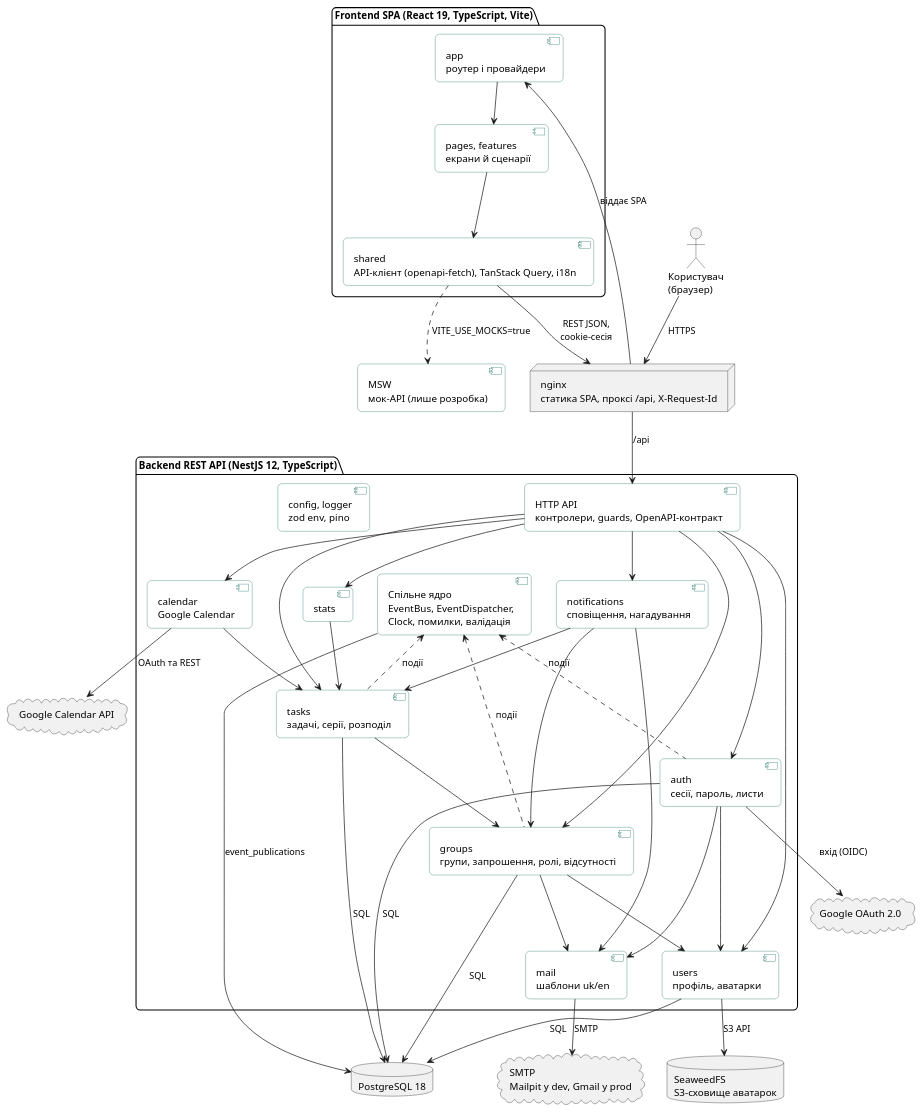
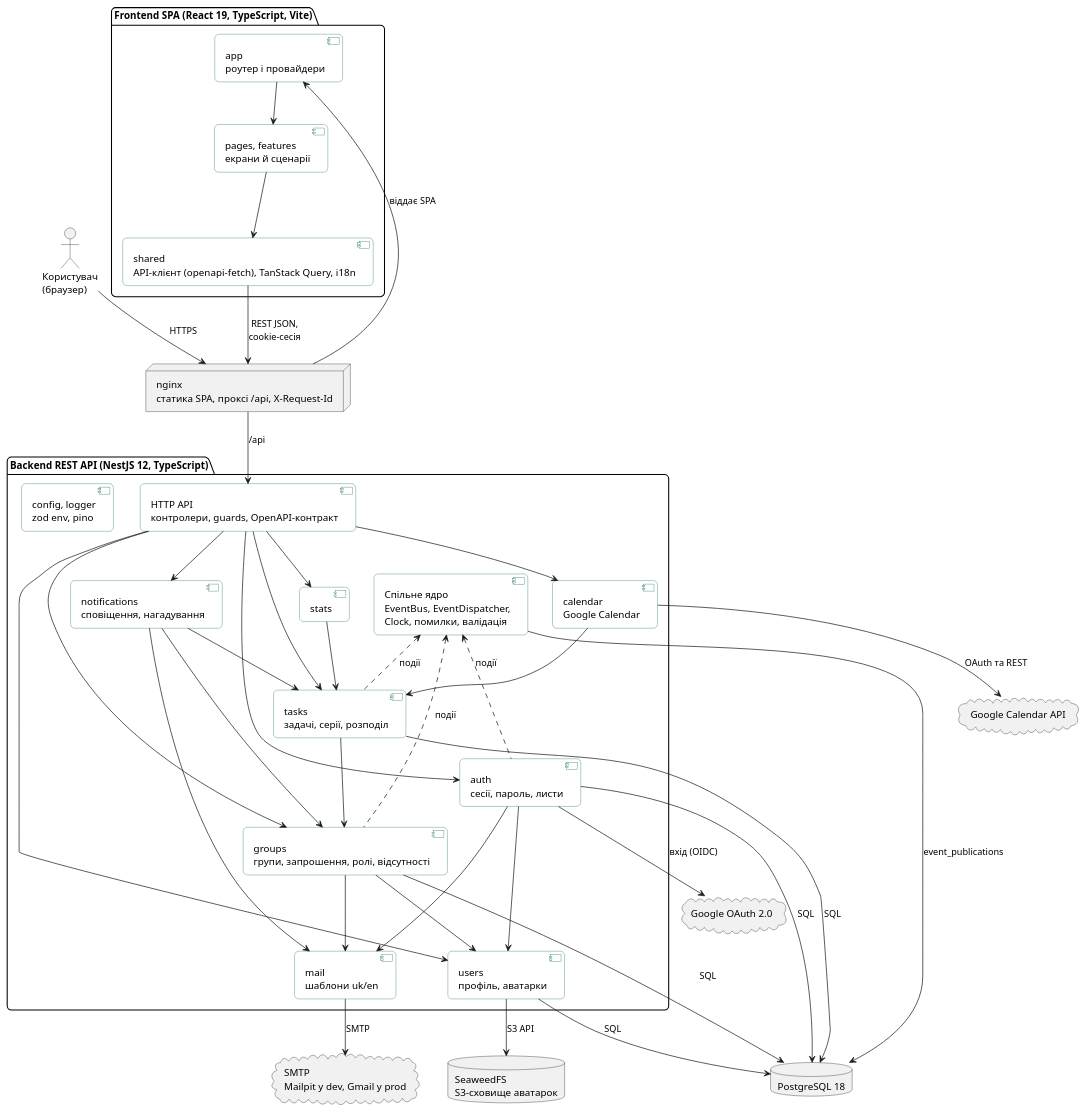
One commit to mzabrodin/Errandly changed the diagram in docs/diagrams/component/components.puml. Above: the diagram before and after it, drawn with PlantUML. The commit also changed 3 other files, not shown here.

```diff
--- a/docs/diagrams/component/components.puml
+++ b/docs/diagrams/component/components.puml
@@ -1,84 +1,82 @@
 @startuml components
 skinparam shadowing false
 skinparam defaultFontName "Inter, Segoe UI, Arial"
 skinparam TitleFontStyle bold
 skinparam RoundCorner 12
 skinparam ClassBackgroundColor #FFFFFF
 skinparam ClassBorderColor #1F6F64
 skinparam ObjectBackgroundColor #FFFFFF
 skinparam ObjectBorderColor #1F6F64
 skinparam ComponentBackgroundColor #FFFFFF
 skinparam ComponentBorderColor #1F6F64
 skinparam NoteBackgroundColor #FFFFE0
 
 actor "Користувач\n(браузер)" as user
 
 package "Frontend SPA (React 19, TypeScript, Vite)" {
   [app\nроутер і провайдери] as app
   [pages, features\nекрани й сценарії] as pages
   [shared\nAPI-клієнт (openapi-fetch), TanStack Query, i18n] as shared
 }
-[MSW\nмок-API (лише розробка)] as msw
 
 node "nginx\nстатика SPA, проксі /api, X-Request-Id" as nginx
 
 package "Backend REST API (NestJS 12, TypeScript)" {
   [HTTP API\nконтролери, guards, OpenAPI-контракт] as http
   [auth\nсесії, пароль, листи] as auth
   [users\nпрофіль, аватарки] as users
   [groups\nгрупи, запрошення, ролі, відсутності] as groups
   [tasks\nзадачі, серії, розподіл] as tasks
   [notifications\nсповіщення, нагадування] as notifications
   [calendar\nGoogle Calendar] as calendar
   [stats] as stats
   [mail\nшаблони uk/en] as mail
   [Спільне ядро\nEventBus, EventDispatcher,\nClock, помилки, валідація] as kernel
   [config, logger\nzod env, pino] as config
 }
 
 database "PostgreSQL 18" as pg
 database "SeaweedFS\nS3-сховище аватарок" as s3
 cloud "SMTP\nMailpit у dev, Gmail у prod" as smtp
 cloud "Google OAuth 2.0" as oauth
 cloud "Google Calendar API" as gcal
 
 user --> nginx : HTTPS
 nginx --> app : віддає SPA
 app --> pages
 pages --> shared
-shared ..> msw : VITE_USE_MOCKS=true
 shared --> nginx : REST JSON,\ncookie-сесія
 nginx --> http : /api
 
 http --> auth
 http --> users
 http --> groups
 http --> tasks
 http --> notifications
 http --> calendar
 http --> stats
 auth --> users
 groups --> users
 tasks --> groups
 calendar --> tasks
 notifications --> tasks
 notifications --> groups
 notifications --> mail
 stats --> tasks
 auth --> mail
 groups --> mail
 kernel <.. auth : події
 kernel <.. groups : події
 kernel <.. tasks : події
 
 auth --> pg : SQL
 users --> pg : SQL
 groups --> pg : SQL
 tasks --> pg : SQL
 kernel --> pg : event_publications
 users --> s3 : S3 API
 mail --> smtp : SMTP
 auth --> oauth : вхід (OIDC)
 calendar --> gcal : OAuth та REST
 
 @enduml
```
